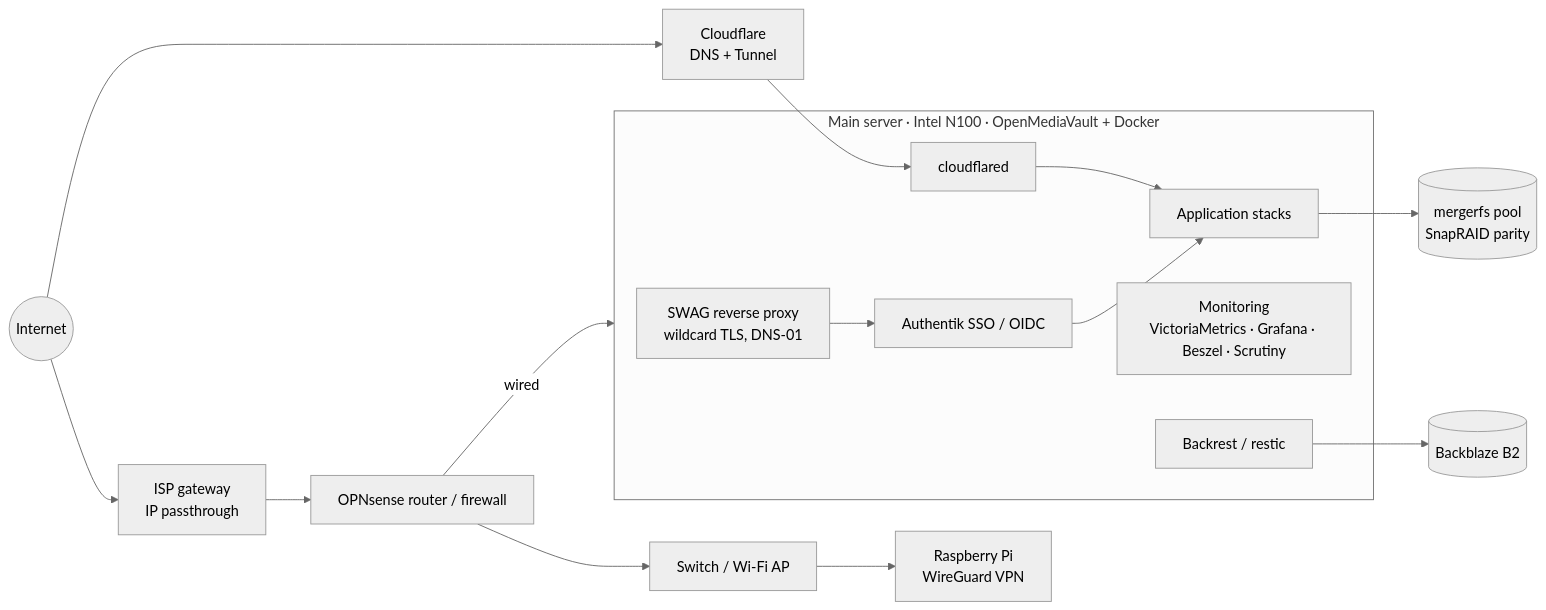
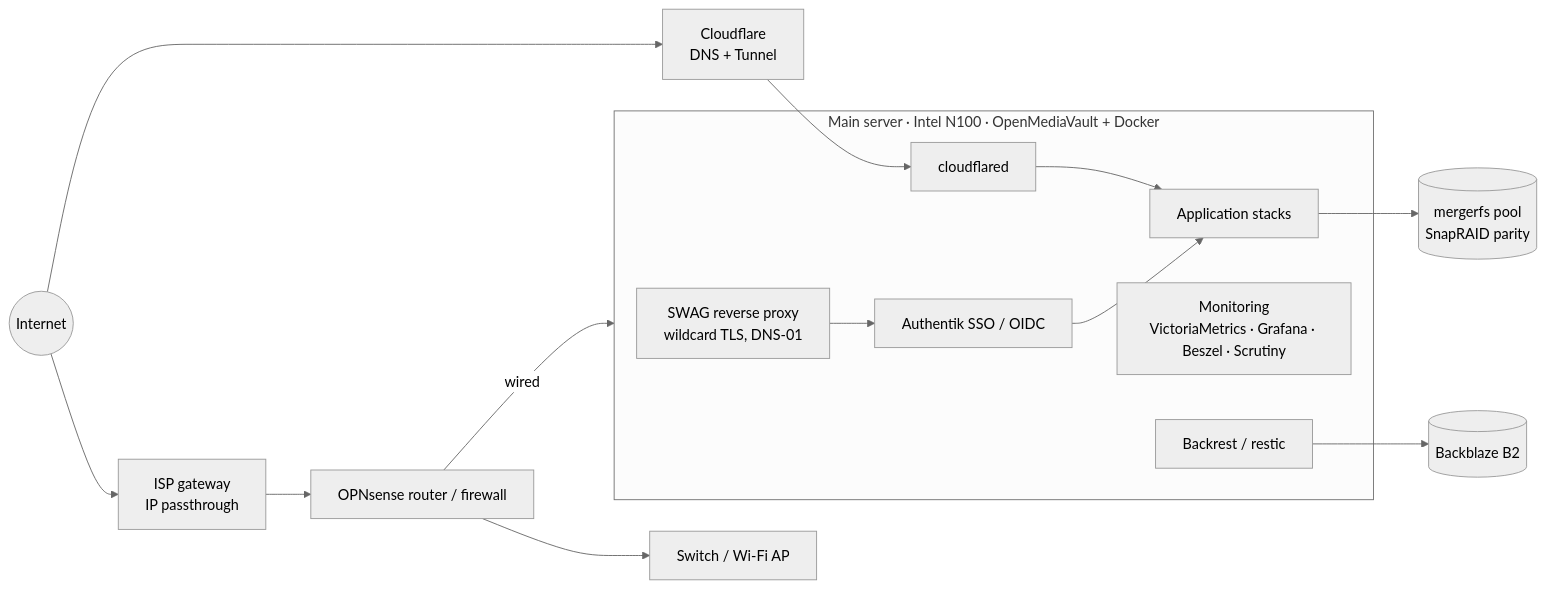
One commit to sassmastawillis/homelab changed the diagram in README.md. Above: the diagram before and after it, drawn with Mermaid (neutral theme). The commit also changed other lines of this file, not shown here.

Commit message:
Remove Raspberry Pi from diagram and hardware table
Claude-Session: https://claude.ai/code/session_017CmDWVv33wBXzssRBSbJgU

````diff
--- a/README.md
+++ b/README.md
@@ -13,23 +13,22 @@
 ```mermaid
 flowchart LR
     internet((Internet)) --> cf[Cloudflare<br/>DNS + Tunnel]
     internet --> isp[ISP gateway<br/>IP passthrough]
     isp --> fw[OPNsense router / firewall]
     fw -- wired --> server
     fw --> lan[Switch / Wi-Fi AP]
-    lan --> pi[Raspberry Pi<br/>WireGuard VPN]
 
     subgraph server[Main server · Intel N100 · OpenMediaVault + Docker]
         swag[SWAG reverse proxy<br/>wildcard TLS, DNS-01]
         tunnel[cloudflared]
         sso[Authentik SSO / OIDC]
         apps[Application stacks]
         mon[Monitoring<br/>VictoriaMetrics · Grafana · Beszel · Scrutiny]
         bk[Backrest / restic]
     end
 
     cf --> tunnel --> apps
     swag --> sso --> apps
     bk --> b2[(Backblaze B2)]
     apps --> array[(mergerfs pool<br/>SnapRAID parity)]
 ```
````
